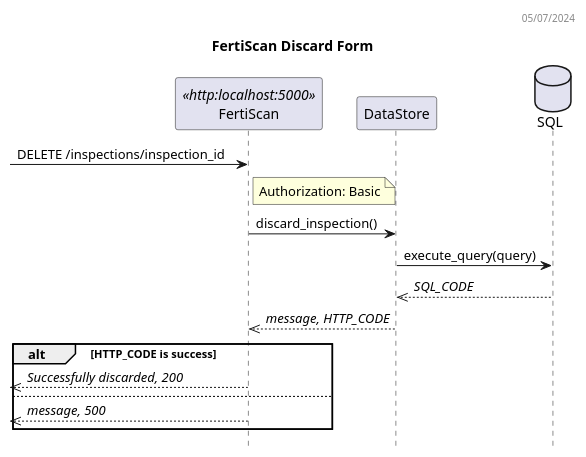
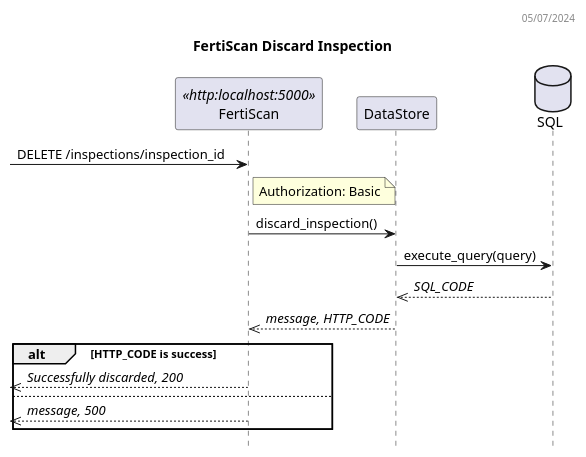
One commit to ai-cfia/fertiscan-backend changed the diagram in docs/plantuml/discard_inspection_dss.puml. Above: the diagram before and after it, drawn with PlantUML. The commit also changed 14 other files, not shown here.

Commit message:
refactor: Update page titles in plantuml diagrams

```diff
--- a/docs/plantuml/discard_inspection_dss.puml
+++ b/docs/plantuml/discard_inspection_dss.puml
@@ -1,26 +1,26 @@
 @startuml FertiScan Sequence Diagram
 header 05/07/2024
 
-title FertiScan Discard Form
+title FertiScan Discard Inspection
 hide empty members
 hide footbox
 
 participant FertiScan as BE <<http:localhost:5000>>
 participant DataStore as DS
 database SQL as DB
 
 -> BE: DELETE /inspections/inspection_id
 note right BE
   Authorization: Basic
 end note
 BE -> DS: discard_inspection() 
 DS -> DB: execute_query(query)
 DS <<-- DB: //SQL_CODE//
 BE <<-- DS: //message, HTTP_CODE//
 alt HTTP_CODE is success
   <<-- BE: //Successfully discarded, 200//
 else
   <<-- BE: //message, 500//
 end
 
 @enduml
```
